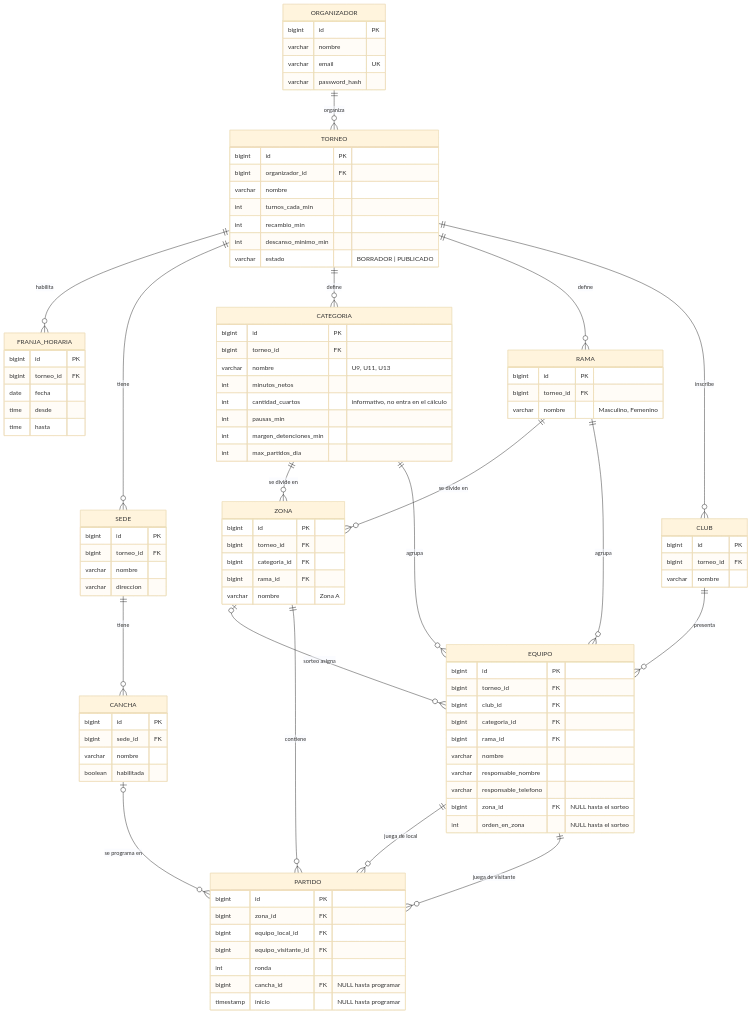
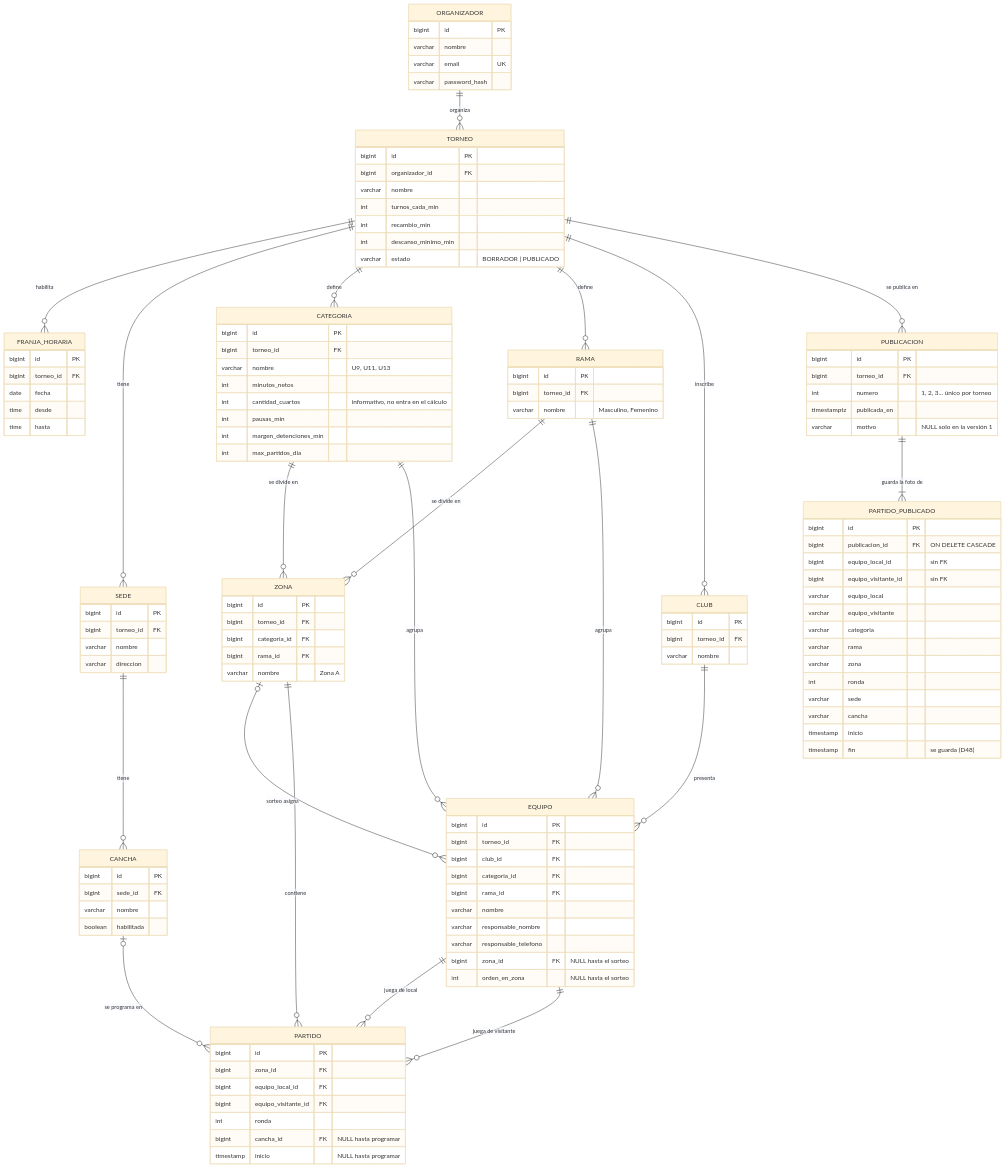
The diagram in docs/der.md (tadeo14/tp_final), drawn with Mermaid (base theme) before and after one commit. The commit also changed other lines of this file and 5 other files, not shown here.

````diff
--- a/docs/der.md
+++ b/docs/der.md
@@ -24,6 +25,8 @@
     EQUIPO ||--o{ PARTIDO : "juega de local"
     EQUIPO ||--o{ PARTIDO : "juega de visitante"
     CANCHA |o--o{ PARTIDO : "se programa en"
+    TORNEO ||--o{ PUBLICACION : "se publica en"
+    PUBLICACION ||--|{ PARTIDO_PUBLICADO : "guarda la foto de"
 
     ORGANIZADOR {
         bigint id PK
@@ -107,4 +110,27 @@
         bigint cancha_id FK "NULL hasta programar"
         timestamp inicio "NULL hasta programar"
     }
+    PUBLICACION {
+        bigint id PK
+        bigint torneo_id FK
+        int numero "1, 2, 3... único por torneo"
+        timestamptz publicada_en
+        varchar motivo "NULL solo en la versión 1"
+    }
+    PARTIDO_PUBLICADO {
+        bigint id PK
+        bigint publicacion_id FK "ON DELETE CASCADE"
+        bigint equipo_local_id "sin FK"
+        bigint equipo_visitante_id "sin FK"
+        varchar equipo_local
+        varchar equipo_visitante
+        varchar categoria
+        varchar rama
+        varchar zona
+        int ronda
+        varchar sede
+        varchar cancha
+        timestamp inicio
+        timestamp fin "se guarda (D48)"
+    }
 ```
````
